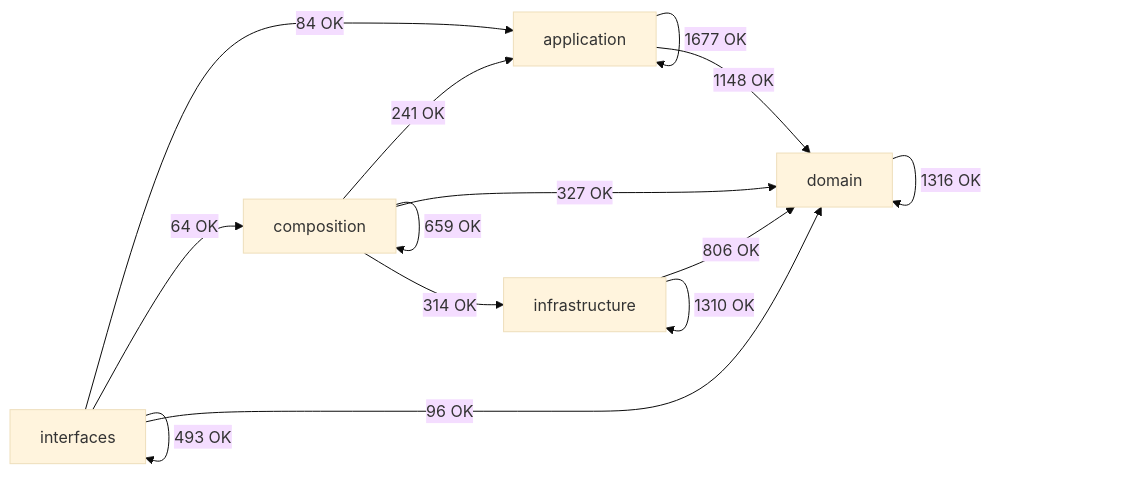
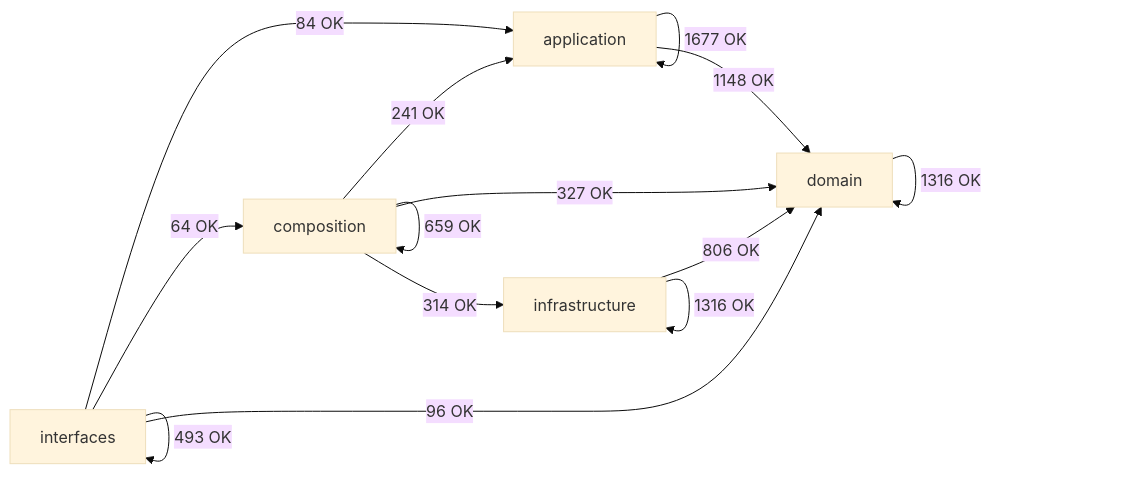
The diagram in docs/02-architecture/generated/module-dependency-map.md (SatoryKono/BioactivityDataAcquisition), drawn with Mermaid (base theme) before and after one commit. The commit also changed other lines of this file and 18 other files, not shown here.

````diff
--- a/docs/02-architecture/generated/module-dependency-map.md
+++ b/docs/02-architecture/generated/module-dependency-map.md
@@ -17,21 +17,21 @@
 ```mermaid
 flowchart LR
     domain[domain]
     application[application]
     infrastructure[infrastructure]
     composition[composition]
     interfaces[interfaces]
     application -->|1677 OK| application
     application -->|1148 OK| domain
     composition -->|241 OK| application
     composition -->|659 OK| composition
     composition -->|327 OK| domain
     composition -->|314 OK| infrastructure
     domain -->|1316 OK| domain
     infrastructure -->|806 OK| domain
-    infrastructure -->|1310 OK| infrastructure
+    infrastructure -->|1316 OK| infrastructure
     interfaces -->|84 OK| application
     interfaces -->|64 OK| composition
     interfaces -->|96 OK| domain
     interfaces -->|493 OK| interfaces
 ```
````
